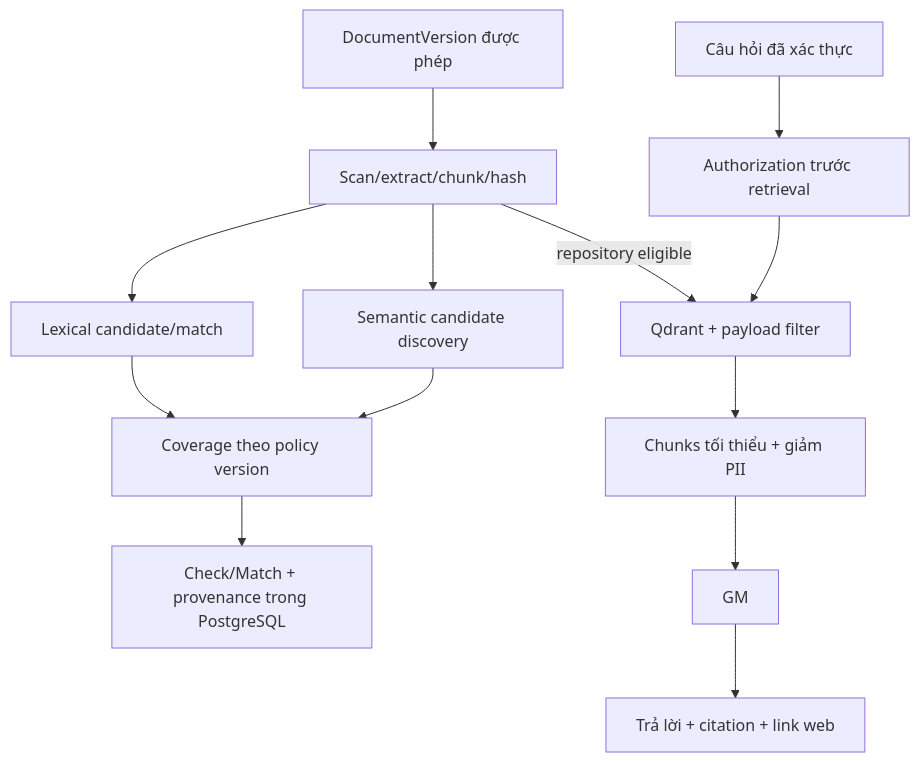
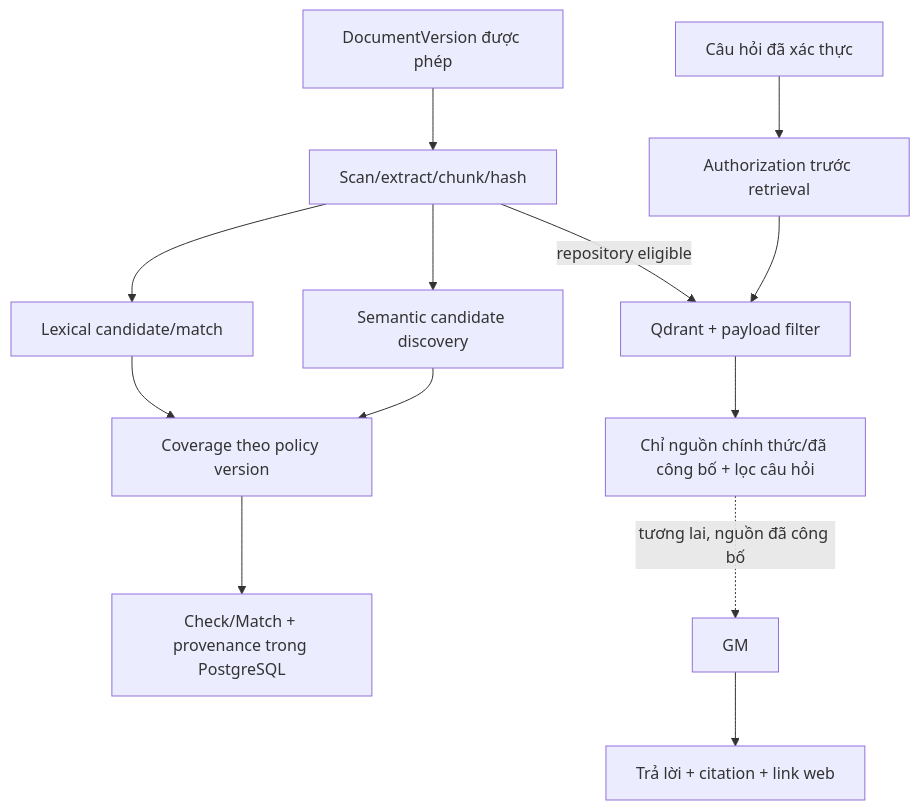
Before and after one commit to MingJien/kltn-management-ai: the second of 2 diagrams in docs/design/architecture.md, drawn with Mermaid. The commit also changed other lines of this file and 93 other files, not shown here.

```diff
--- a/docs/design/architecture.md
+++ b/docs/design/architecture.md
@@ -57,13 +57,13 @@
 ~~~mermaid
 flowchart TD
   DV["DocumentVersion được phép"] --> EX["Scan/extract/chunk/hash"]
   EX --> LX["Lexical candidate/match"]
   EX --> SM["Semantic candidate discovery"]
   LX --> CV["Coverage theo policy version"]
   SM --> CV
   CV --> DB["Check/Match + provenance trong PostgreSQL"]
   EX -->|repository eligible| IX["Qdrant + payload filter"]
   Q["Câu hỏi đã xác thực"] --> AZ["Authorization trước retrieval"]
-  AZ --> IX --> MIN["Chunks tối thiểu + giảm PII"]
-  MIN --> GM --> ANS["Trả lời + citation + link web"]
+  AZ --> IX --> MIN["Chỉ nguồn chính thức/đã công bố + lọc câu hỏi"]
+  MIN -.->|tương lai, nguồn đã công bố| GM --> ANS["Trả lời + citation + link web"]
 ~~~
```
